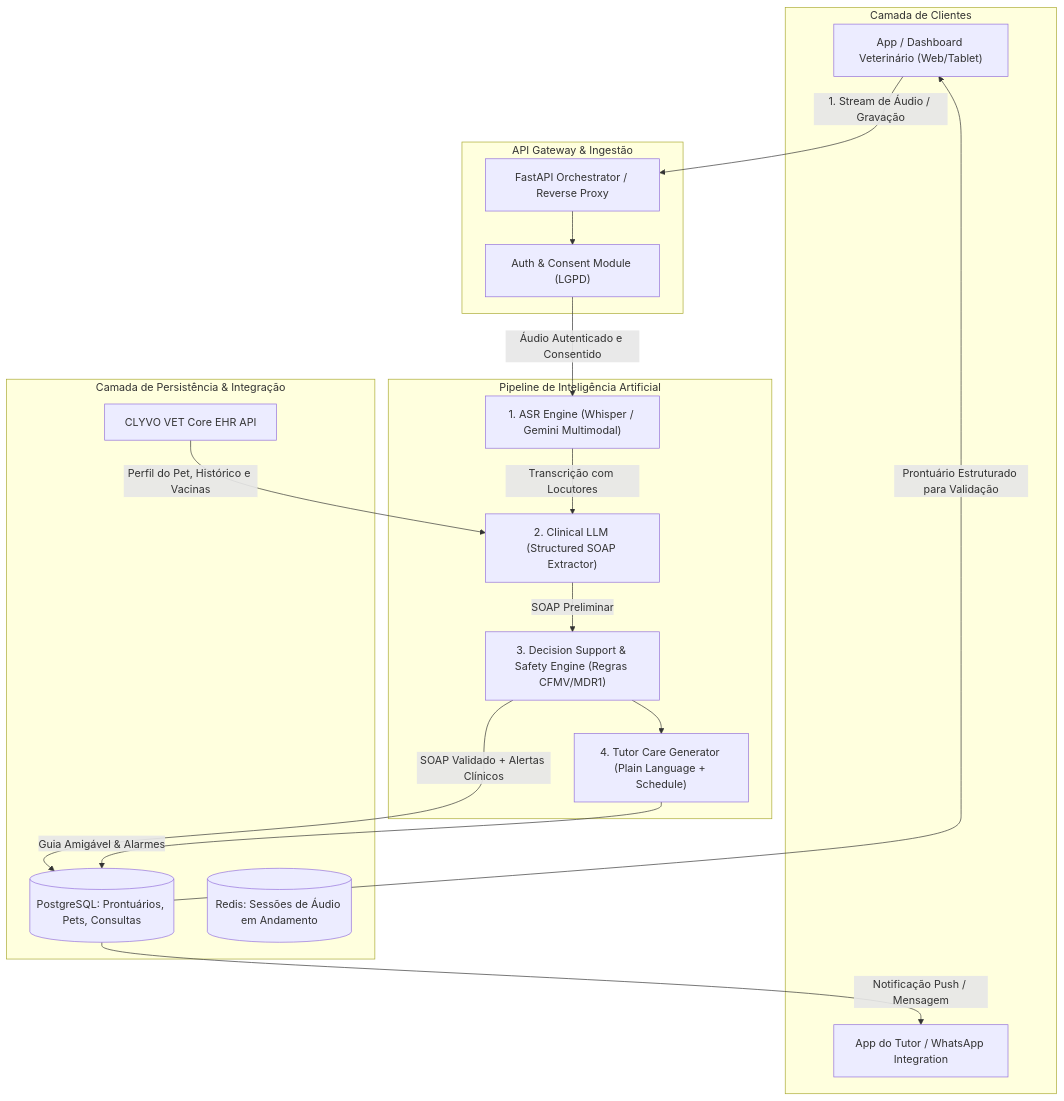
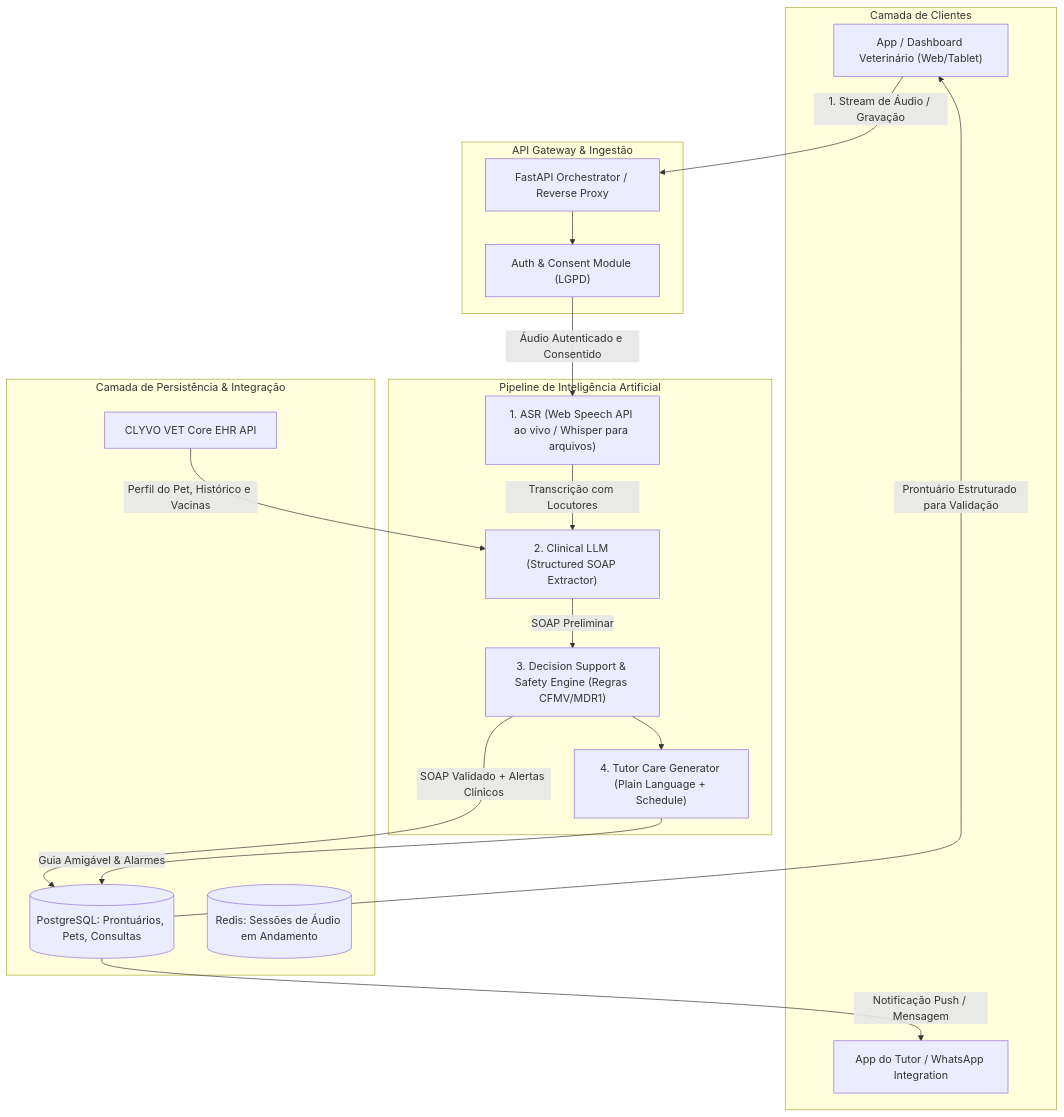
One commit to MCGI-PW/IoT-Clyvo-Vet_M changed the first of 2 diagrams in docs/ARCHITECTURE.md. Above: the diagram before and after it, drawn with Mermaid. The commit also changed 20 other files, not shown here.

````diff
--- a/docs/ARCHITECTURE.md
+++ b/docs/ARCHITECTURE.md
@@ -20,37 +20,37 @@
 ```mermaid
 graph TB
     subgraph Client_Layer ["Camada de Clientes"]
         VET_APP["App / Dashboard Veterinário (Web/Tablet)"]
         TUTOR_APP["App do Tutor / WhatsApp Integration"]
     end
 
     subgraph Gateway_Layer ["API Gateway & Ingestão"]
         FASTAPI["FastAPI Orchestrator / Reverse Proxy"]
         AUTH["Auth & Consent Module (LGPD)"]
     end
 
     subgraph AI_Layer ["Pipeline de Inteligência Artificial"]
-        ASR["1. ASR Engine (Whisper / Gemini Multimodal)"]
+        ASR["1. ASR (Web Speech API ao vivo / Whisper para arquivos)"]
         NLP["2. Clinical LLM (Structured SOAP Extractor)"]
         SAFETY["3. Decision Support & Safety Engine (Regras CFMV/MDR1)"]
         TUTOR_GEN["4. Tutor Care Generator (Plain Language + Schedule)"]
     end
 
     subgraph Data_Layer ["Camada de Persistência & Integração"]
         PG[("PostgreSQL: Prontuários, Pets, Consultas")]
         REDIS[("Redis: Sessões de Áudio em Andamento")]
         EHR_API["CLYVO VET Core EHR API"]
     end
 
     VET_APP -->|1. Stream de Áudio / Gravação| FASTAPI
     FASTAPI --> AUTH
     AUTH -->|Áudio Autenticado e Consentido| ASR
     ASR -->|Transcrição com Locutores| NLP
     EHR_API -->|Perfil do Pet, Histórico e Vacinas| NLP
     NLP -->|SOAP Preliminar| SAFETY
     SAFETY -->|SOAP Validado + Alertas Clínicos| PG
     SAFETY --> TUTOR_GEN
     TUTOR_GEN -->|Guia Amigável & Alarmes| PG
     PG -->|Notificação Push / Mensagem| TUTOR_APP
     PG -->|Prontuário Estruturado para Validação| VET_APP
 ```
````
